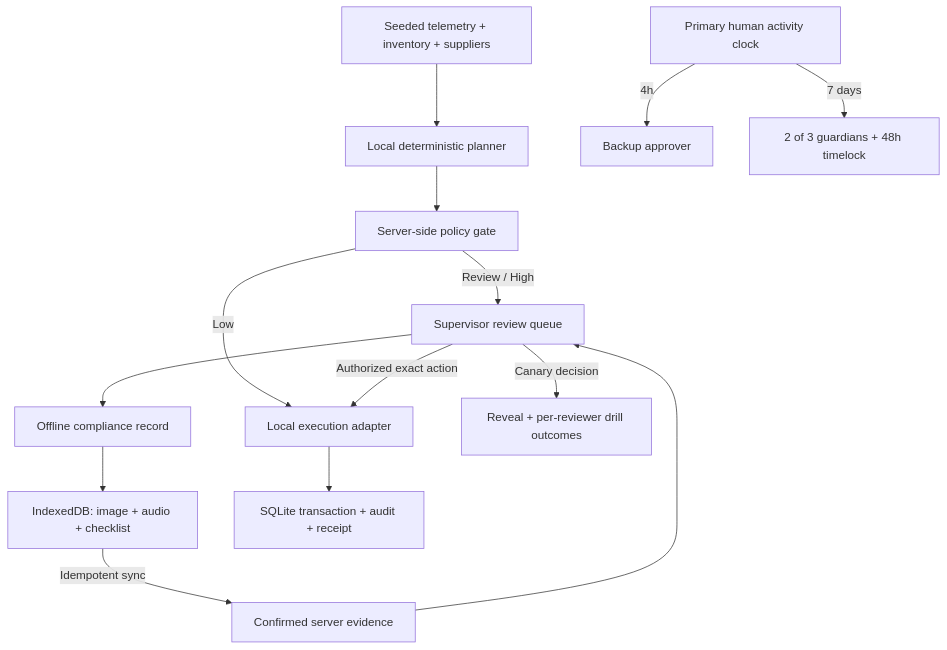
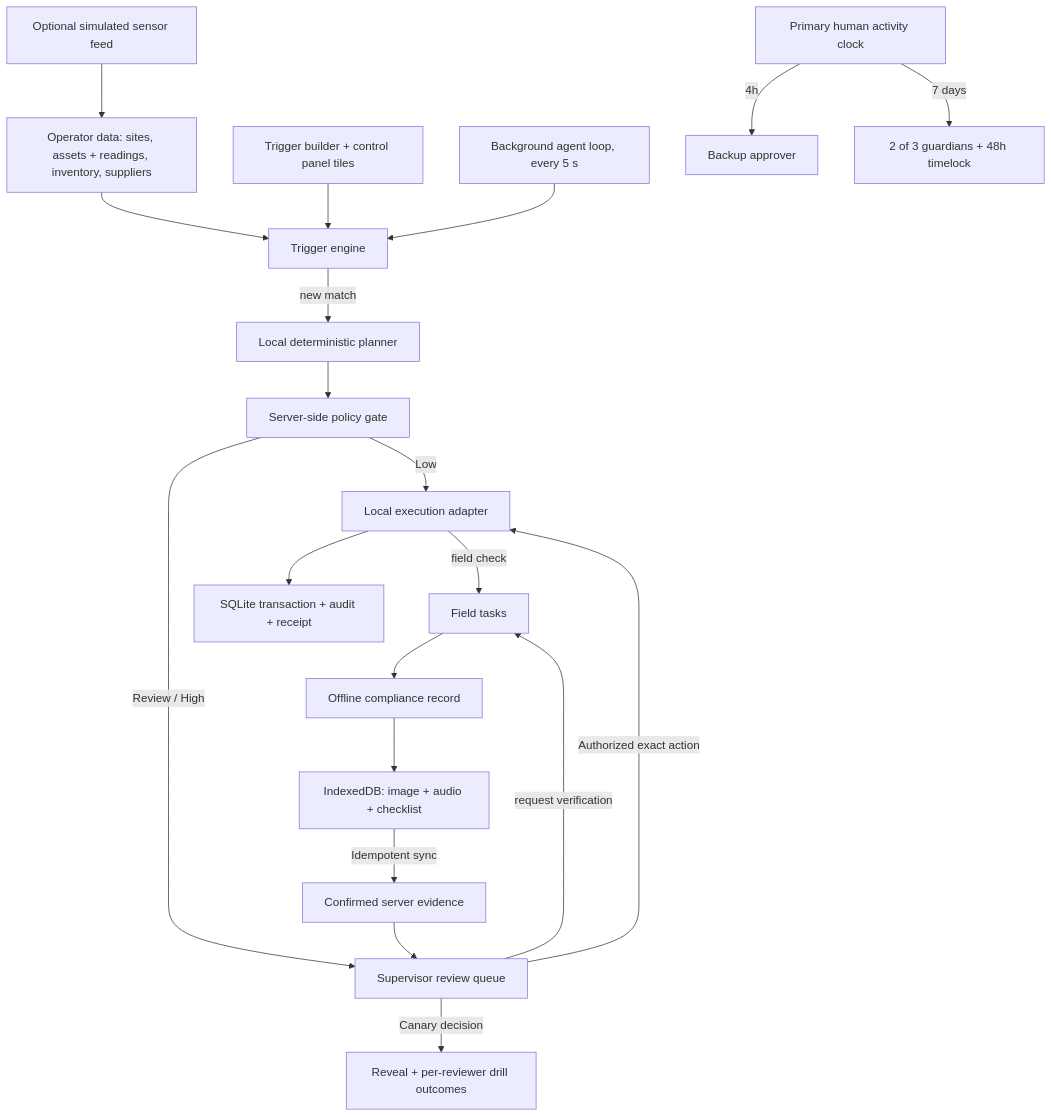
Before and after one commit to VIDITJAIN7/Bit-n-Build-: the diagram in docs/architecture.md, drawn with Mermaid. The commit also changed other lines of this file and 25 other files, not shown here.

````diff
--- a/docs/architecture.md
+++ b/docs/architecture.md
@@ -5,16 +5,22 @@
 ```mermaid
 flowchart TD
-  Context[Seeded telemetry + inventory + suppliers] --> Planner[Local deterministic planner]
+  Data[Operator data: sites, assets + readings, inventory, suppliers] --> Engine[Trigger engine]
+  Feed[Optional simulated sensor feed] --> Data
+  Builder[Trigger builder + control panel tiles] --> Engine
+  Loop[Background agent loop, every 5 s] --> Engine
+  Engine -->|new match| Planner[Local deterministic planner]
   Planner --> Gate[Server-side policy gate]
   Gate -->|Low| Execute[Local execution adapter]
   Gate -->|Review / High| Queue[Supervisor review queue]
-  Queue --> Field[Offline compliance record]
+  Execute -->|field check| Tasks[Field tasks]
+  Queue -->|request verification| Tasks
+  Tasks --> Field[Offline compliance record]
   Field --> IDB[IndexedDB: image + audio + checklist]
   IDB -->|Idempotent sync| Evidence[Confirmed server evidence]
   Evidence --> Queue
   Queue -->|Authorized exact action| Execute
   Queue -->|Canary decision| Drill[Reveal + per-reviewer drill outcomes]
   Execute --> DB[SQLite transaction + audit + receipt]
   Clock[Primary human activity clock] -->|4h| Backup[Backup approver]
   Clock -->|7 days| Recovery[2 of 3 guardians + 48h timelock]
 ```
````
